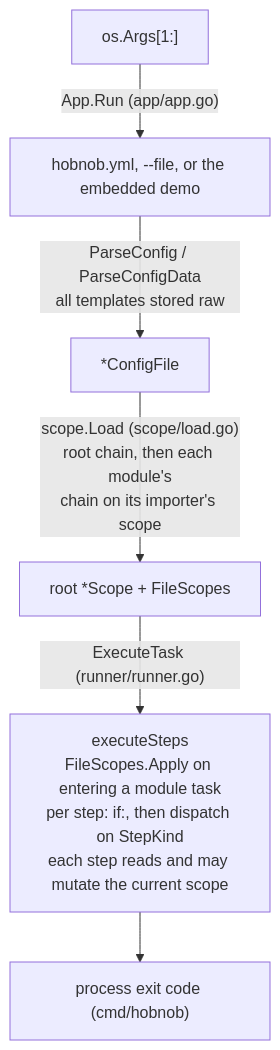
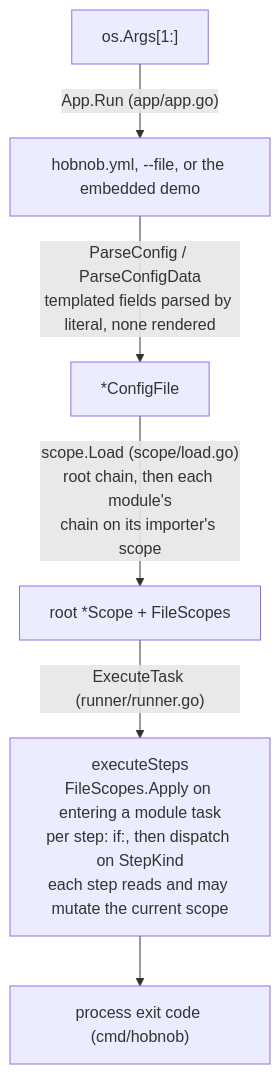
Before and after one commit to JakesMD/hobnob: the seventh of 7 diagrams in ARCHITECTURE.md, drawn with Mermaid. The commit also changed other lines of this file and 37 other files, not shown here.

````diff
--- a/ARCHITECTURE.md
+++ b/ARCHITECTURE.md
@@ -571,8 +599,8 @@
 ```mermaid
 flowchart TD
     args["os.Args[1:]"] -->|"App.Run (app/app.go)"| src["hobnob.yml, --file, or the embedded demo"]
-    src -->|"ParseConfig / ParseConfigData<br/>all templates stored raw"| cfg["*ConfigFile"]
+    src -->|"ParseConfig / ParseConfigData<br/>templated fields parsed by literal, none rendered"| cfg["*ConfigFile"]
     cfg -->|"scope.Load (scope/load.go)<br/>root chain, then each module's<br/>chain on its importer's scope"| sc["root *Scope + FileScopes"]
     sc -->|"ExecuteTask (runner/runner.go)"| loop["executeSteps<br/>FileScopes.Apply on entering a module task<br/>per step: if:, then dispatch on StepKind<br/>each step reads and may mutate the current scope"]
     loop --> exit["process exit code (cmd/hobnob)"]
 ```
````
